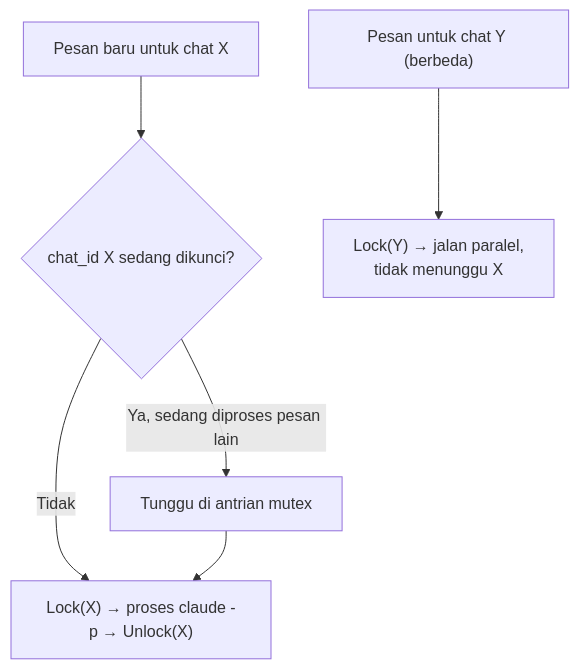
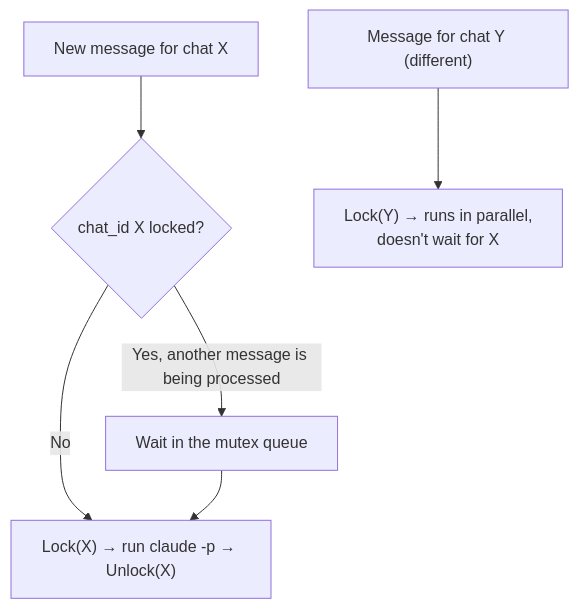
Before and after one commit to tarkiman/claude-whatsapp: the fourth of 4 diagrams in docs/ARCHITECTURE.md, drawn with Mermaid. The commit also changed other lines of this file and 4 other files, not shown here.

First line of the commit message:
docs: English ARCHITECTURE.md as primary, Indonesian moved to ARCHITECTURE.id.md

````diff
--- a/docs/ARCHITECTURE.md
+++ b/docs/ARCHITECTURE.md
@@ -215,8 +217,8 @@
 ```mermaid
 flowchart TD
-    A["Pesan baru untuk chat X"] --> B{"chat_id X sedang dikunci?"}
-    B -->|Tidak| C["Lock(X) → proses claude -p → Unlock(X)"]
-    B -->|Ya, sedang diproses pesan lain| D["Tunggu di antrian mutex"]
+    A["New message for chat X"] --> B{"chat_id X locked?"}
+    B -->|No| C["Lock(X) → run claude -p → Unlock(X)"]
+    B -->|Yes, another message is being processed| D["Wait in the mutex queue"]
     D --> C
-    E["Pesan untuk chat Y (berbeda)"] --> F["Lock(Y) → jalan paralel,<br/>tidak menunggu X"]
+    E["Message for chat Y (different)"] --> F["Lock(Y) → runs in parallel,<br/>doesn't wait for X"]
 ```
````
